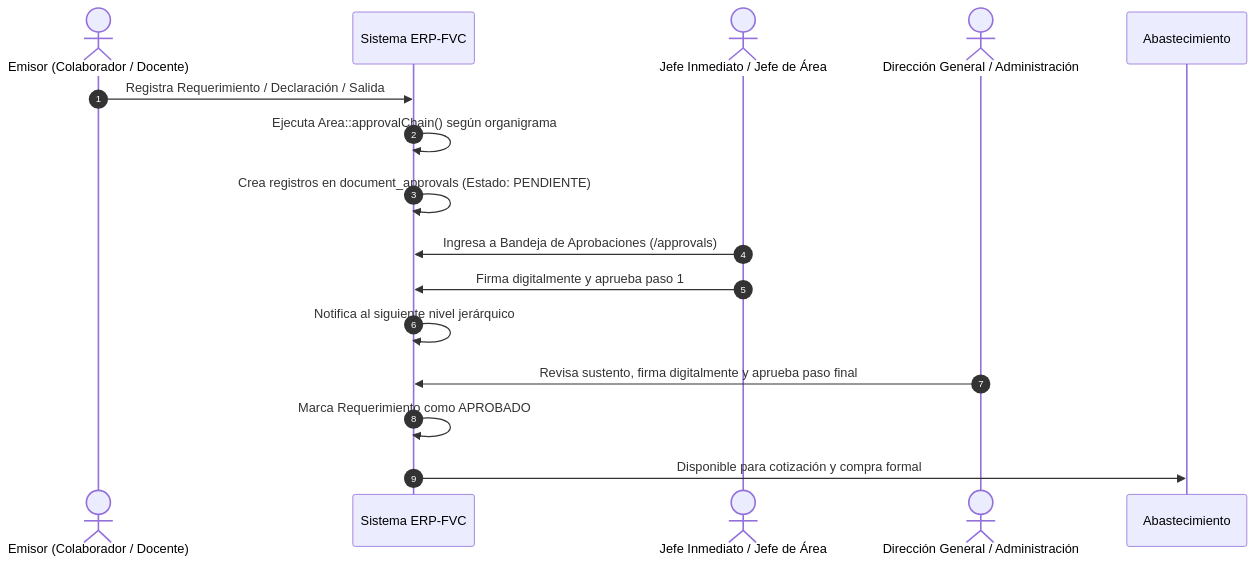
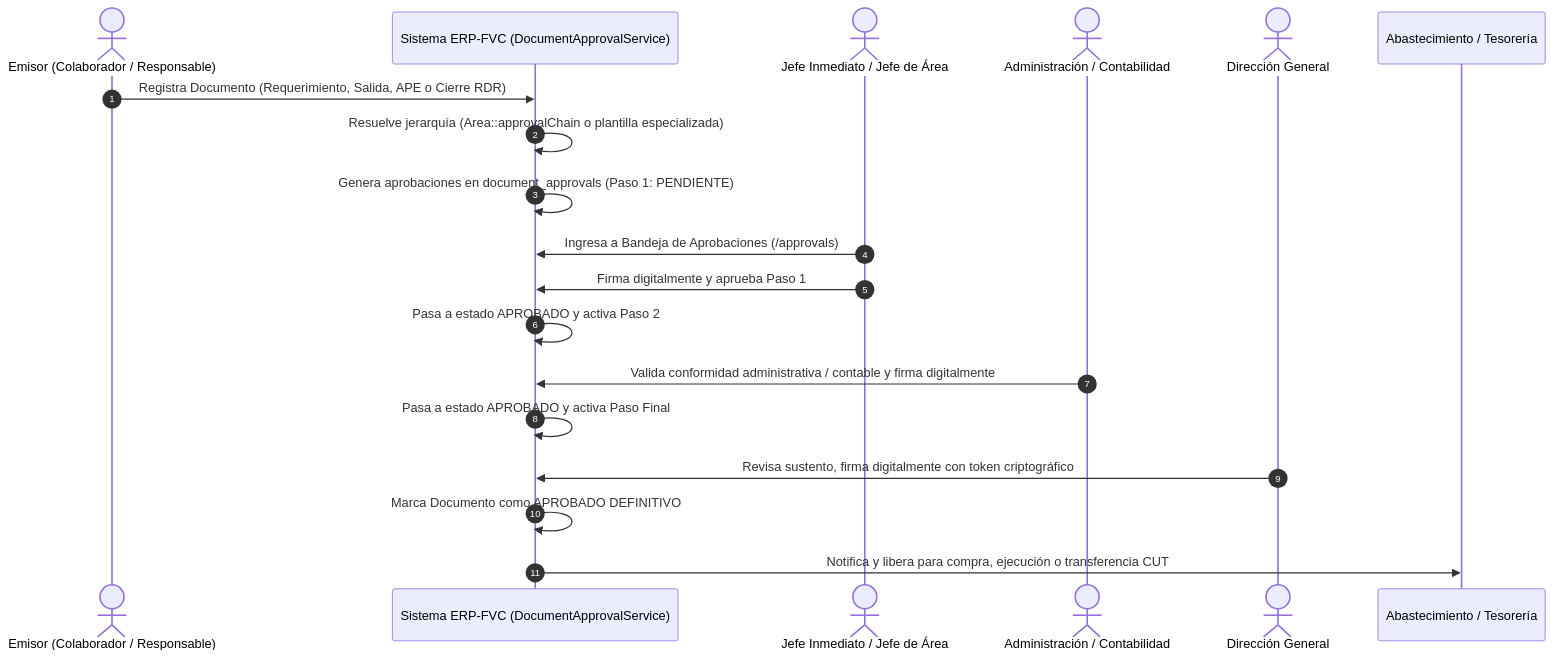
One commit to gercova/erp-fvc changed the second of 5 diagrams in docs/PDR.md. Above: the diagram before and after it, drawn with Mermaid. The commit also changed other lines of this file and 2 other files, not shown here.

````diff
--- a/docs/PDR.md
+++ b/docs/PDR.md
@@ -479,19 +584,22 @@
 ```mermaid
 sequenceDiagram
     autonumber
-    actor Emisor as Emisor (Colaborador / Docente)
-    participant Sys as Sistema ERP-FVC
+    actor Emisor as Emisor (Colaborador / Responsable)
+    participant Sys as Sistema ERP-FVC (DocumentApprovalService)
     actor Jefe as Jefe Inmediato / Jefe de Área
-    actor Dir as Dirección General / Administración
-    participant Abast as Abastecimiento
+    actor Adm as Administración / Contabilidad
+    actor Dir as Dirección General
+    participant Dest as Abastecimiento / Tesorería
 
-    Emisor->>Sys: Registra Requerimiento / Declaración / Salida
-    Sys->>Sys: Ejecuta Area::approvalChain() según organigrama
-    Sys->>Sys: Crea registros en document_approvals (Estado: PENDIENTE)
+    Emisor->>Sys: Registra Documento (Requerimiento, Salida, APE o Cierre RDR)
+    Sys->>Sys: Resuelve jerarquía (Area::approvalChain o plantilla especializada)
+    Sys->>Sys: Genera aprobaciones en document_approvals (Paso 1: PENDIENTE)
     Jefe->>Sys: Ingresa a Bandeja de Aprobaciones (/approvals)
-    Jefe->>Sys: Firma digitalmente y aprueba paso 1
-    Sys->>Sys: Notifica al siguiente nivel jerárquico
-    Dir->>Sys: Revisa sustento, firma digitalmente y aprueba paso final
-    Sys->>Sys: Marca Requerimiento como APROBADO
-    Sys->>Abast: Disponible para cotización y compra formal
+    Jefe->>Sys: Firma digitalmente y aprueba Paso 1
+    Sys->>Sys: Pasa a estado APROBADO y activa Paso 2
+    Adm->>Sys: Valida conformidad administrativa / contable y firma digitalmente
+    Sys->>Sys: Pasa a estado APROBADO y activa Paso Final
+    Dir->>Sys: Revisa sustento, firma digitalmente con token criptográfico
+    Sys->>Sys: Marca Documento como APROBADO DEFINITIVO
+    Sys->>Dest: Notifica y libera para compra, ejecución o transferencia CUT
 ```
````
